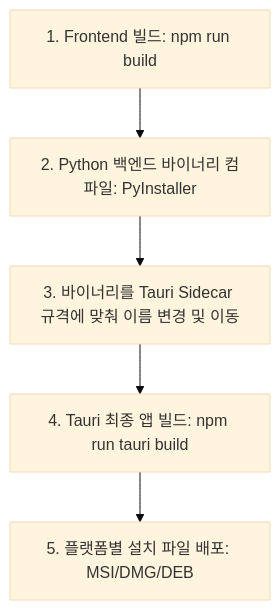
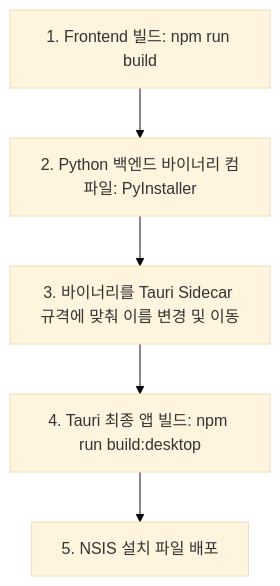
One commit to runefor/local-llm-gws changed the diagram in docs/deployment.md. Above: the diagram before and after it, drawn with Mermaid (base theme). The commit also changed other lines of this file and 10 other files, not shown here.

````diff
--- a/docs/deployment.md
+++ b/docs/deployment.md
@@ -11,7 +11,7 @@
 ```mermaid
 graph TD
     A[1. Frontend 빌드: npm run build] --> B[2. Python 백엔드 바이너리 컴파일: PyInstaller]
     B --> C[3. 바이너리를 Tauri Sidecar 규격에 맞춰 이름 변경 및 이동]
-    C --> D[4. Tauri 최종 앱 빌드: npm run tauri build]
-    D --> E[5. 플랫폼별 설치 파일 배포: MSI/DMG/DEB]
+    C --> D[4. Tauri 최종 앱 빌드: npm run build:desktop]
+    D --> E[5. NSIS 설치 파일 배포]
 ```
````
